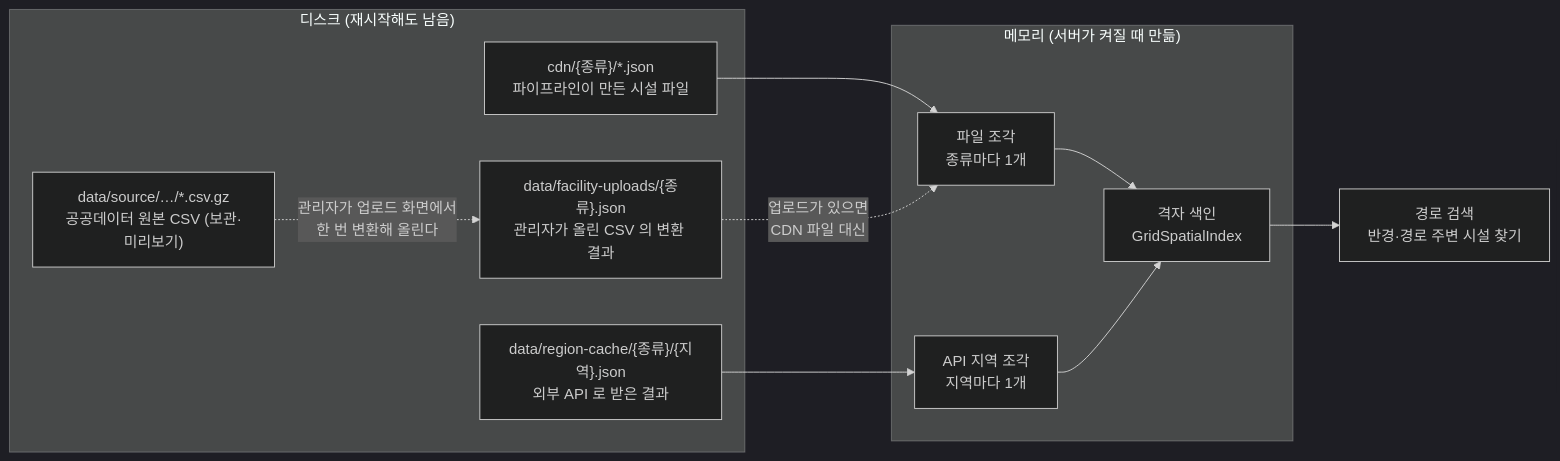
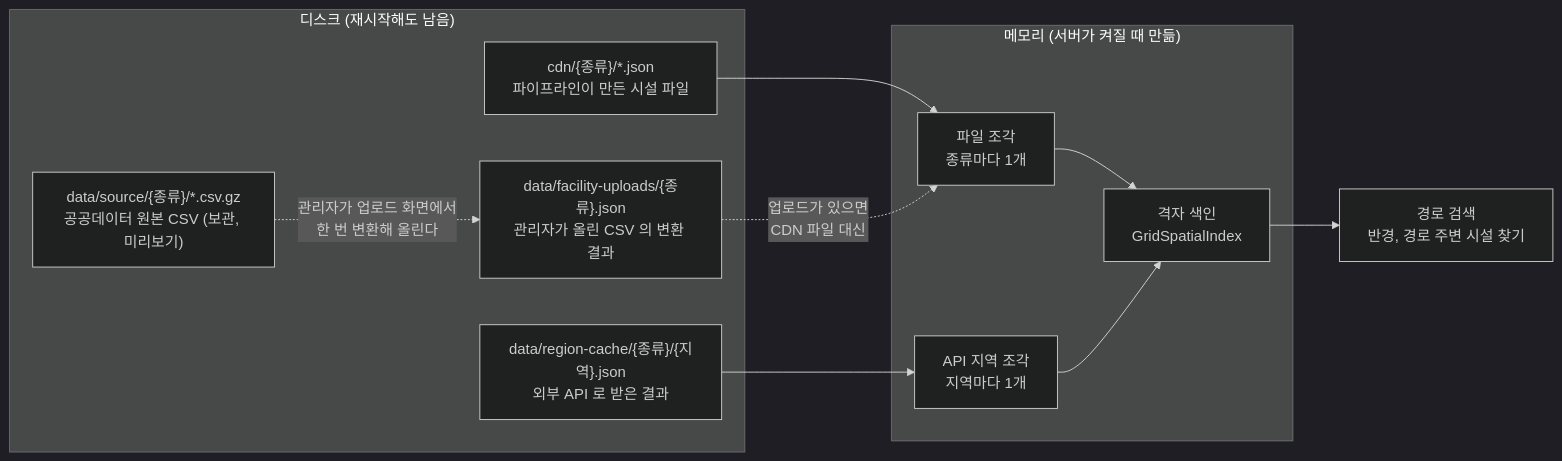
The first of 5 diagrams in docs/DATA_STORAGE.md (soo-ai-agent/bueongi-backend), drawn with Mermaid (dark theme) before and after one commit. The commit also changed other lines of this file and 1 other file, not shown here.

````diff
--- a/docs/DATA_STORAGE.md
+++ b/docs/DATA_STORAGE.md
@@ -69,23 +79,23 @@
 ```mermaid
 flowchart LR
     subgraph DISK["디스크 (재시작해도 남음)"]
         CDN["cdn/{종류}/*.json<br/>파이프라인이 만든 시설 파일"]
-        CSV["data/source/…/*.csv.gz<br/>공공데이터 원본 CSV (보관·미리보기)"]
+        CSV["data/source/{종류}/*.csv.gz<br/>공공데이터 원본 CSV (보관, 미리보기)"]
         UP["data/facility-uploads/{종류}.json<br/>관리자가 올린 CSV 의 변환 결과"]
         RC["data/region-cache/{종류}/{지역}.json<br/>외부 API 로 받은 결과"]
     end
 
     subgraph MEM["메모리 (서버가 켜질 때 만듦)"]
         FILE["파일 조각<br/>종류마다 1개"]
         API["API 지역 조각<br/>지역마다 1개"]
         IDX["격자 색인<br/>GridSpatialIndex"]
     end
 
     CDN --> FILE
     CSV -. "관리자가 업로드 화면에서<br/>한 번 변환해 올린다" .-> UP
     UP -. "업로드가 있으면<br/>CDN 파일 대신" .-> FILE
     RC --> API
     FILE --> IDX
     API --> IDX
-    IDX --> QUERY["경로 검색<br/>반경·경로 주변 시설 찾기"]
+    IDX --> QUERY["경로 검색<br/>반경, 경로 주변 시설 찾기"]
 ```
````
